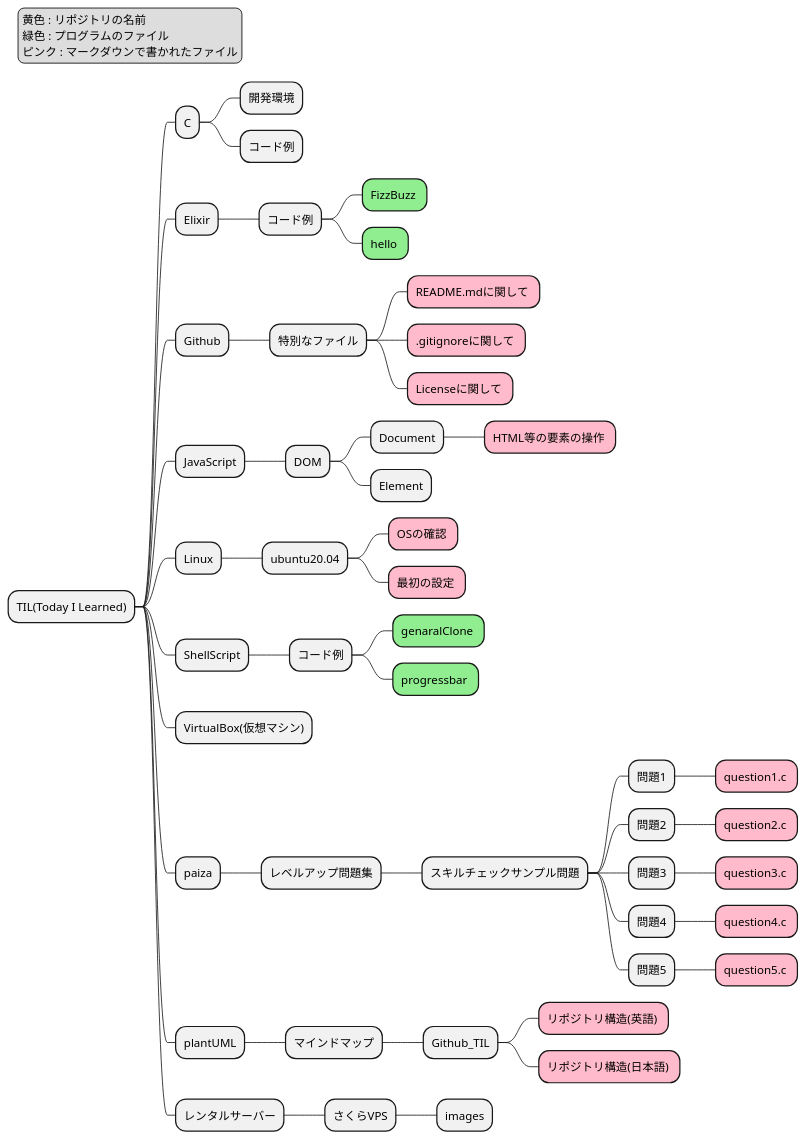
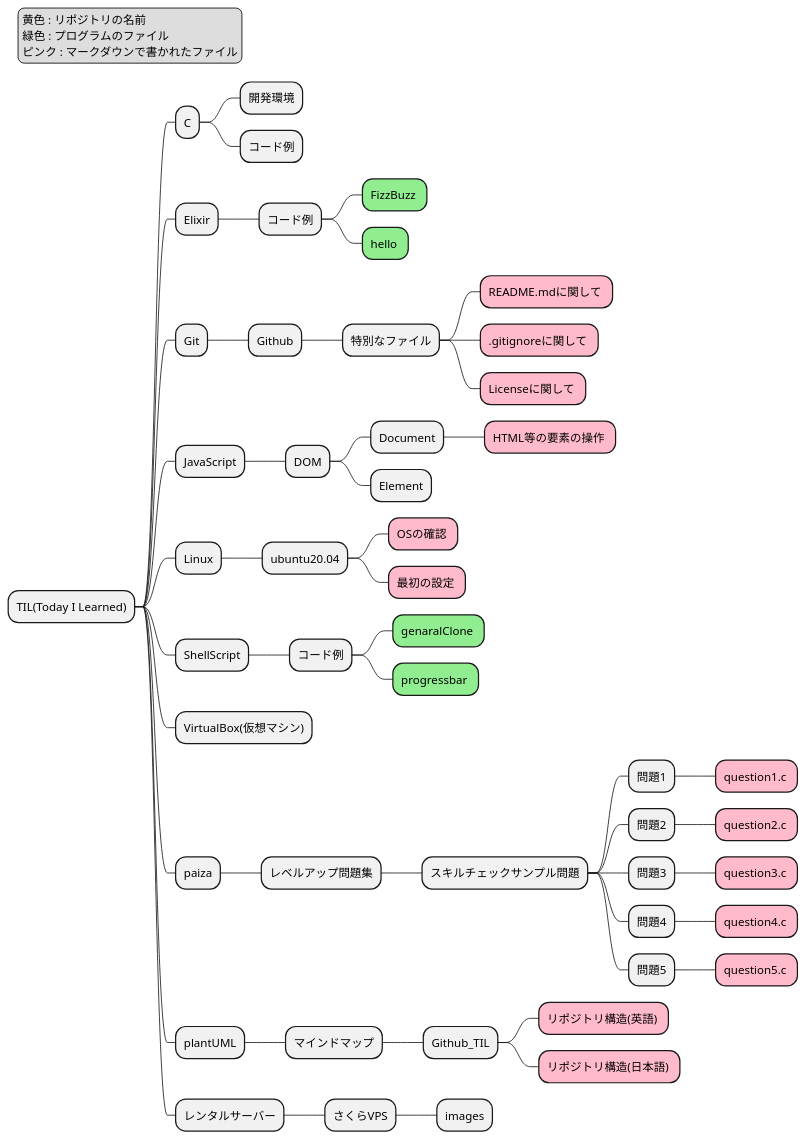
One commit to sudo-roa/TIL changed the diagram in plantUML/MindMap/Github_TIL/RepositoryStructureJ.puml. Above: the diagram before and after it, drawn with PlantUML. The commit also changed 8 other files, not shown here.

Commit message:
mv Github to Git

```diff
--- a/plantUML/MindMap/Github_TIL/RepositoryStructureJ.puml
+++ b/plantUML/MindMap/Github_TIL/RepositoryStructureJ.puml
@@ -1,79 +1,80 @@
 @startmindmap RepositoryStructureJ
 
 <style>
 mindmapDiagram {
   .green {
     BackgroundColor #90ee90
   }
   .rose {
     BackgroundColor #FFBBCC
   }
 }
 </style>
 
 * TIL(Today I Learned)
 
 ** C
 *** 開発環境
 *** コード例
 
 ** Elixir
 *** コード例
 **** FizzBuzz <<green>>
 **** hello <<green>>
 
-** Github
-*** 特別なファイル
-**** README.mdに関して <<rose>>
-**** .gitignoreに関して <<rose>>
-**** Licenseに関して <<rose>>
+** Git
+*** Github
+**** 特別なファイル
+***** README.mdに関して <<rose>>
+***** .gitignoreに関して <<rose>>
+***** Licenseに関して <<rose>>
 
 ** JavaScript
 *** DOM
 **** Document
 ***** HTML等の要素の操作 <<rose>>
 **** Element
 
 ** Linux
 *** ubuntu20.04
 **** OSの確認 <<rose>>
 **** 最初の設定 <<rose>>
 
 ** ShellScript
 *** コード例
 **** genaralClone <<green>>
 **** progressbar <<green>>
 
 ** VirtualBox(仮想マシン)
 
 ** paiza
 *** レベルアップ問題集
 **** スキルチェックサンプル問題
 ***** 問題1
 ****** question1.c <<rose>>
 ***** 問題2
 ****** question2.c <<rose>>
 ***** 問題3
 ****** question3.c <<rose>>
 ***** 問題4
 ****** question4.c <<rose>>
 ***** 問題5
 ****** question5.c <<rose>>
 
 ** plantUML
 *** マインドマップ
 **** Github_TIL
 ***** リポジトリ構造(英語) <<rose>>
 ***** リポジトリ構造(日本語) <<rose>>
 
 ** レンタルサーバー
 *** さくらVPS
 **** images
 
 legend top left
     黄色 : リポジトリの名前
     緑色 : プログラムのファイル
     ピンク : マークダウンで書かれたファイル
 endlegend
 
 @endmindmap
```
